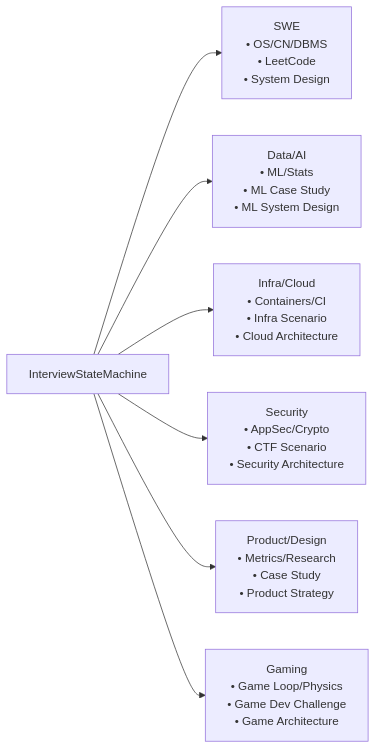
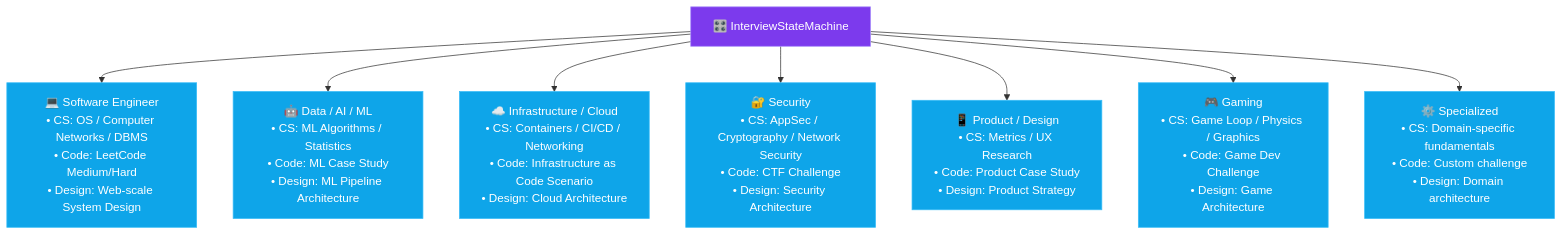
One commit to Anil-Pradhan-web/ai-career-mentor changed the eighth of 36 diagrams in ARCHITECTURE.md. Above: the diagram before and after it, drawn with Mermaid. The commit also changed other lines of this file and 3 other files, not shown here.

Commit message:
docs: upgrade README, ARCHITECTURE, SYSTEM, API docs to professional high-level design with emojis, diagrams, and detailed explanations

````diff
--- a/ARCHITECTURE.md
+++ b/ARCHITECTURE.md
@@ -200,11 +406,18 @@
 ```mermaid
-graph LR
-    FSM["InterviewStateMachine"]
+graph TB
+    classDef fsm fill:#7c3aed,color:#fff,stroke:#a78bfa
+    classDef role fill:#0ea5e9,color:#fff,stroke:#38bdf8
+
+    FSM["🎛️ InterviewStateMachine"]
     
-    FSM --> SWE["SWE\n• OS/CN/DBMS\n• LeetCode\n• System Design"]
-    FSM --> DATA["Data/AI\n• ML/Stats\n• ML Case Study\n• ML System Design"]
-    FSM --> INFRA["Infra/Cloud\n• Containers/CI\n• Infra Scenario\n• Cloud Architecture"]
-    FSM --> SEC["Security\n• AppSec/Crypto\n• CTF Scenario\n• Security Architecture"]
-    FSM --> PM["Product/Design\n• Metrics/Research\n• Case Study\n• Product Strategy"]
-    FSM --> GAME["Gaming\n• Game Loop/Physics\n• Game Dev Challenge\n• Game Architecture"]
+    FSM --> SWE["💻 Software Engineer<br/>• CS: OS / Computer Networks / DBMS<br/>• Code: LeetCode Medium/Hard<br/>• Design: Web-scale System Design"]
+    FSM --> DATA["🤖 Data / AI / ML<br/>• CS: ML Algorithms / Statistics<br/>• Code: ML Case Study<br/>• Design: ML Pipeline Architecture"]
+    FSM --> INFRA["☁️ Infrastructure / Cloud<br/>• CS: Containers / CI/CD / Networking<br/>• Code: Infrastructure as Code Scenario<br/>• Design: Cloud Architecture"]
+    FSM --> SEC["🔐 Security<br/>• CS: AppSec / Cryptography / Network Security<br/>• Code: CTF Challenge<br/>• Design: Security Architecture"]
+    FSM --> PM["📱 Product / Design<br/>• CS: Metrics / UX Research<br/>• Code: Product Case Study<br/>• Design: Product Strategy"]
+    FSM --> GAME["🎮 Gaming<br/>• CS: Game Loop / Physics / Graphics<br/>• Code: Game Dev Challenge<br/>• Design: Game Architecture"]
+    FSM --> SPEC["⚙️ Specialized<br/>• CS: Domain-specific fundamentals<br/>• Code: Custom challenge<br/>• Design: Domain architecture"]
+
+    class FSM fsm
+    class SWE,DATA,INFRA,SEC,PM,GAME,SPEC role
 ```
````
